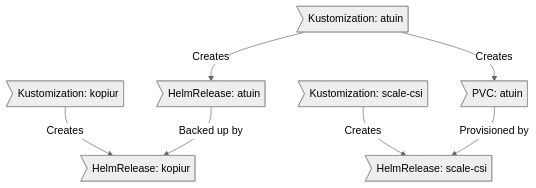
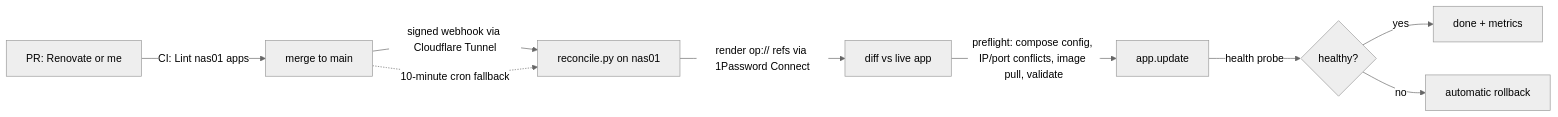
The diagram in README.md (GizmoTickler/home-ops), drawn with Mermaid (neutral theme) before and after one commit. The commit also changed other lines of this file and 5 other files, not shown here.

First line of the commit message:
chore: retire NFS/NVMe-oF monitoring; README for the nas01 apps platform

````diff
--- a/README.md
+++ b/README.md
@@ -193,9 +71,11 @@
 ```mermaid
-graph TD
-    A>Kustomization: scale-csi] -->|Creates| B[HelmRelease: scale-csi]
-    C>Kustomization: kopiur] -->|Creates| D[HelmRelease: kopiur]
-    E>Kustomization: atuin] -->|Creates| F(HelmRelease: atuin)
-    E>Kustomization: atuin] -->|Creates| G(PVC: atuin on scale-nvmeof)
-    G>PVC: atuin] -->|Provisioned by| B>HelmRelease: scale-csi]
-    F>HelmRelease: atuin] -->|Backed up by| D>HelmRelease: kopiur]
+graph LR
+    A[PR: Renovate or me] -->|CI: Lint nas01 apps| B[merge to main]
+    B -->|signed webhook via Cloudflare Tunnel| C[reconcile.py on nas01]
+    B -.->|10-minute cron fallback| C
+    C -->|render op:// refs via 1Password Connect| D[diff vs live app]
+    D -->|preflight: compose config, IP/port conflicts, image pull, validate| E[app.update]
+    E -->|health probe| F{healthy?}
+    F -->|yes| G[done + metrics]
+    F -->|no| H[automatic rollback]
 ```
````
